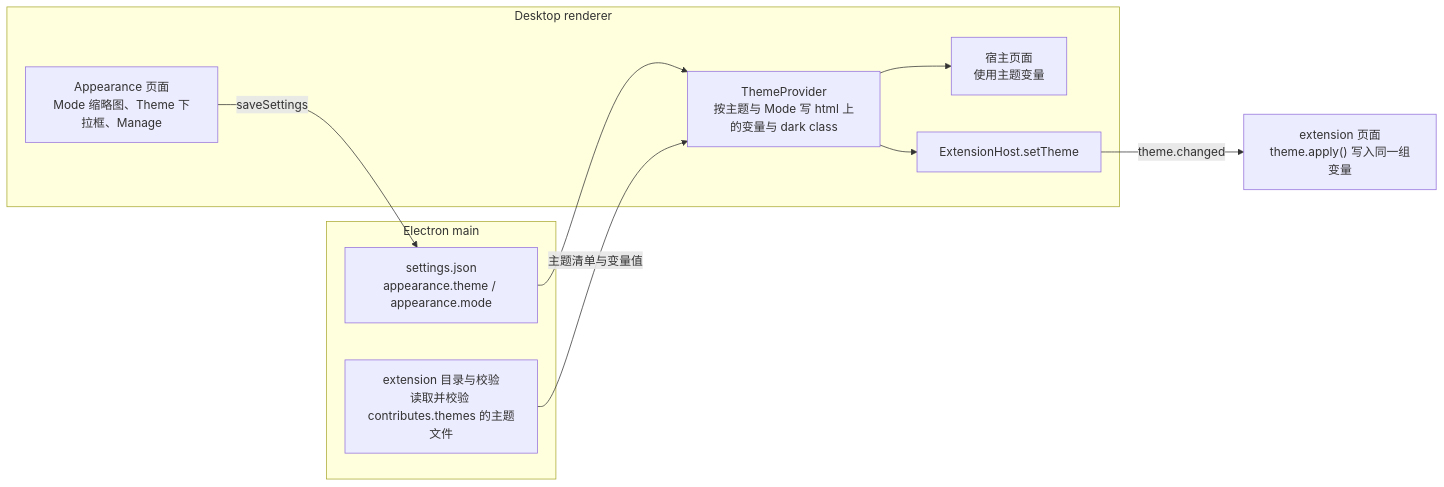
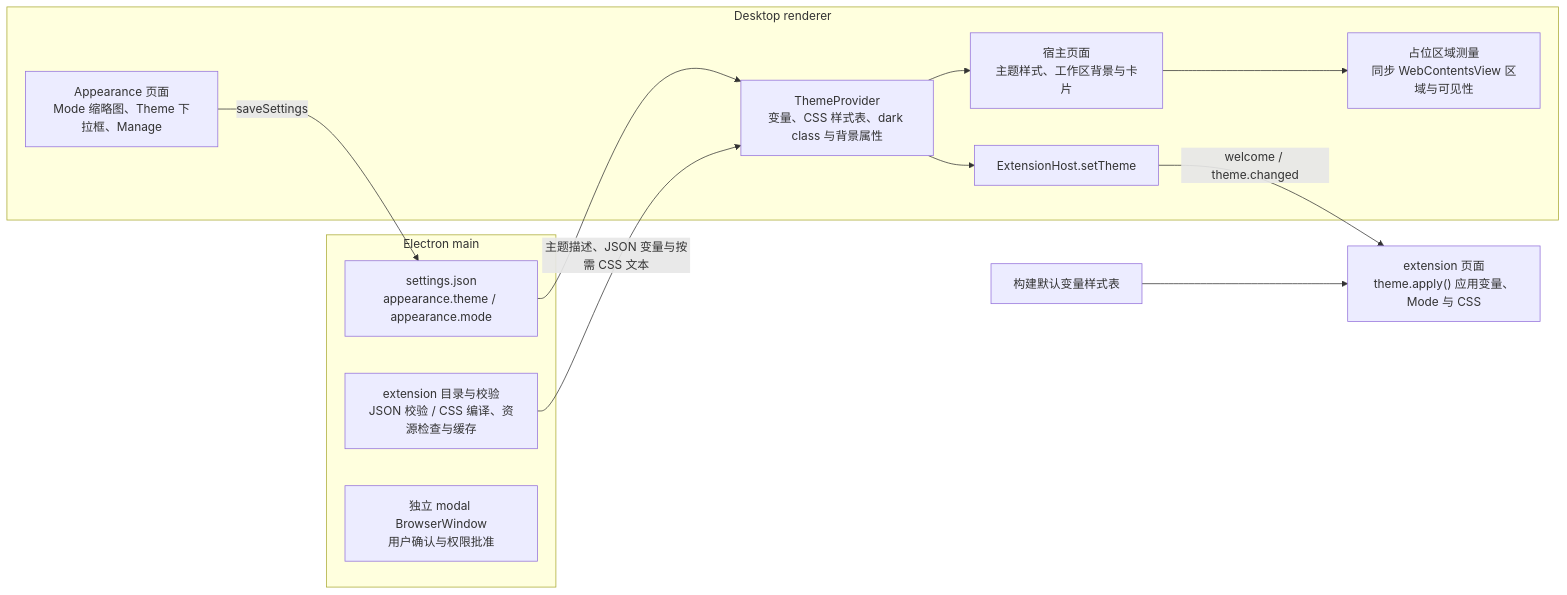
Before and after one commit to zxyao145/agw: the diagram in docs/designs/2026-10-23-Desktop主题.md, drawn with Mermaid. The commit also changed other lines of this file and 3 other files, not shown here.

````diff
--- a/docs/designs/2026-10-23-Desktop主题.md
+++ b/docs/designs/2026-10-23-Desktop主题.md
@@ -39,16 +61,19 @@
 ```mermaid
 flowchart LR
   subgraph Main["Electron main"]
-    CATALOG["extension 目录与校验\n读取并校验 contributes.themes 的主题文件"]
+    CATALOG["extension 目录与校验\nJSON 校验 / CSS 编译、资源检查与缓存"]
     STORE["settings.json\nappearance.theme / appearance.mode"]
+    CONFIRM["独立 modal BrowserWindow\n用户确认与权限批准"]
   end
   subgraph Renderer["Desktop renderer"]
     PAGE["Appearance 页面\nMode 缩略图、Theme 下拉框、Manage"] -->|saveSettings| STORE
-    THEMEP["ThemeProvider\n按主题与 Mode 写 html 上的变量与 dark class"]
+    THEMEP["ThemeProvider\n变量、CSS 样式表、dark class 与背景属性"]
     STORE --> THEMEP
-    CATALOG -->|主题清单与变量值| THEMEP
-    THEMEP --> HOST["宿主页面\n使用主题变量"]
+    CATALOG -->|主题描述、JSON 变量与按需 CSS 文本| THEMEP
+    THEMEP --> HOST["宿主页面\n主题样式、工作区背景与卡片"]
     THEMEP --> PUSH["ExtensionHost.setTheme"]
+    HOST --> MEASURE["占位区域测量\n同步 WebContentsView 区域与可见性"]
   end
-  PUSH -->|theme.changed| EXT["extension 页面\ntheme.apply() 写入同一组变量"]
+  DEFAULTS["构建默认变量样式表"] --> EXT["extension 页面\ntheme.apply() 应用变量、Mode 与 CSS"]
+  PUSH -->|welcome / theme.changed| EXT
 ```
````
